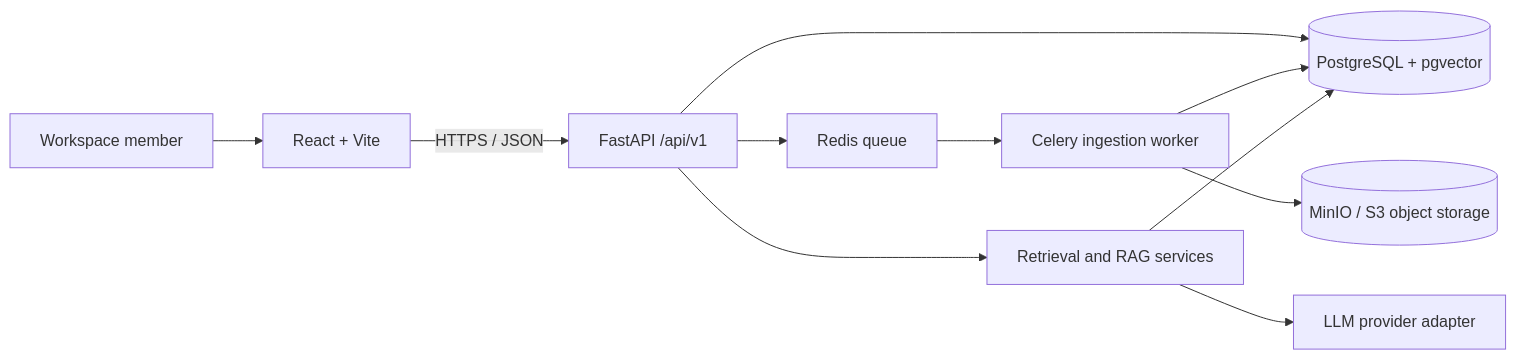
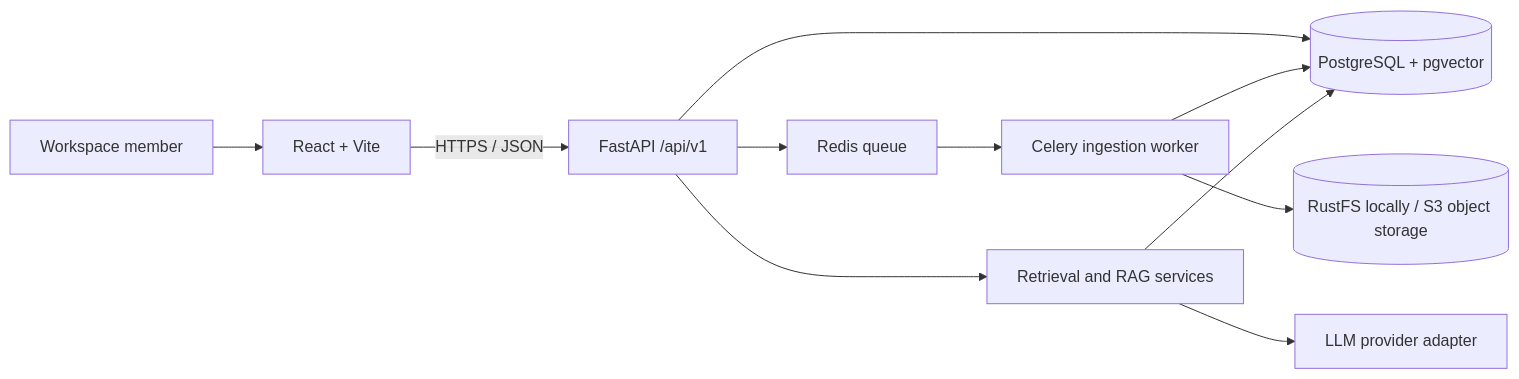
One commit to Parvejkhaniitm/DocumentMind-AI changed the diagram in docs/architecture.md. Above: the diagram before and after it, drawn with Mermaid. The commit also changed other lines of this file and 10 other files, not shown here.

````diff
--- a/docs/architecture.md
+++ b/docs/architecture.md
@@ -7,13 +7,13 @@
 ```mermaid
 flowchart LR
   U[Workspace member] --> UI[React + Vite]
   UI -->|HTTPS / JSON| API[FastAPI /api/v1]
   API --> DB[(PostgreSQL + pgvector)]
   API --> Q[Redis queue]
   Q --> W[Celery ingestion worker]
-  W --> OBJ[(MinIO / S3 object storage)]
+  W --> OBJ[(RustFS locally / S3 object storage)]
   W --> DB
   API --> RET[Retrieval and RAG services]
   RET --> DB
   RET --> LLM[LLM provider adapter]
 ```
````
